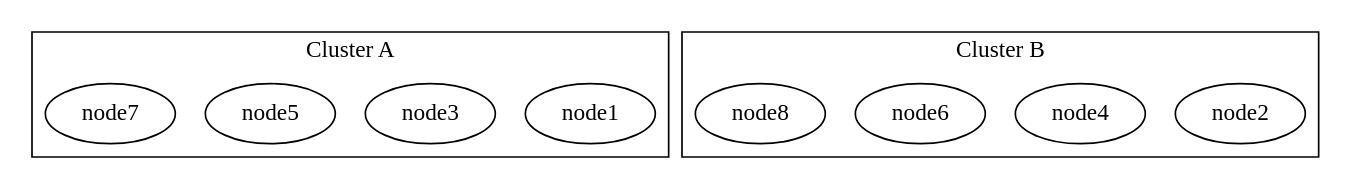
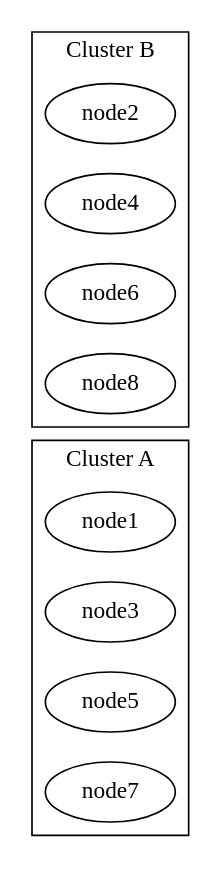
One commit to sisyphus1212/note changed the sixth of 6 diagrams in other/graphviz.md. Above: the diagram before and after it, drawn with Graphviz.

Commit message:
auto_update

````diff
--- a/other/graphviz.md
+++ b/other/graphviz.md
@@ -76,15 +76,16 @@
 ```graphviz
 digraph {
-  compound=true;
+  rankdir=LR
 
   subgraph cluster_a {
     label="Cluster A";
     {rank=same; node1; node3; node5; node7;}
   }
+
   subgraph cluster_b {
     label="Cluster B";
     {rank=same; node2; node4; node6; node8;}
   }
 
 }
 ```
````
